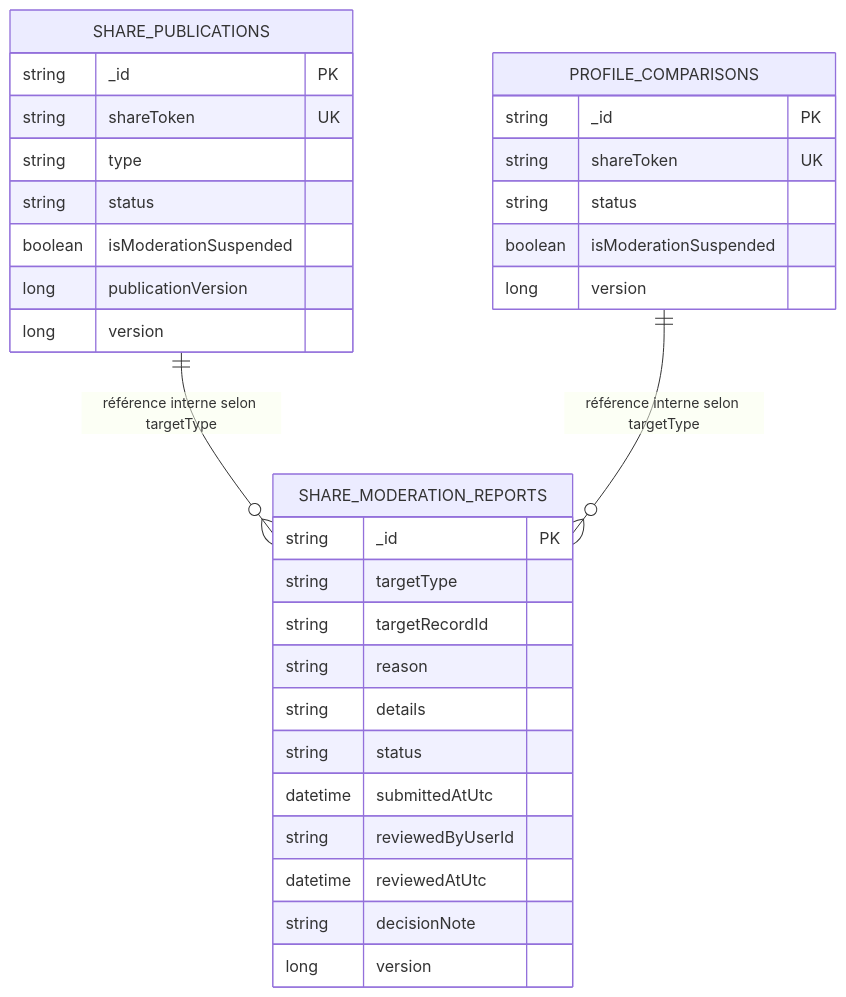
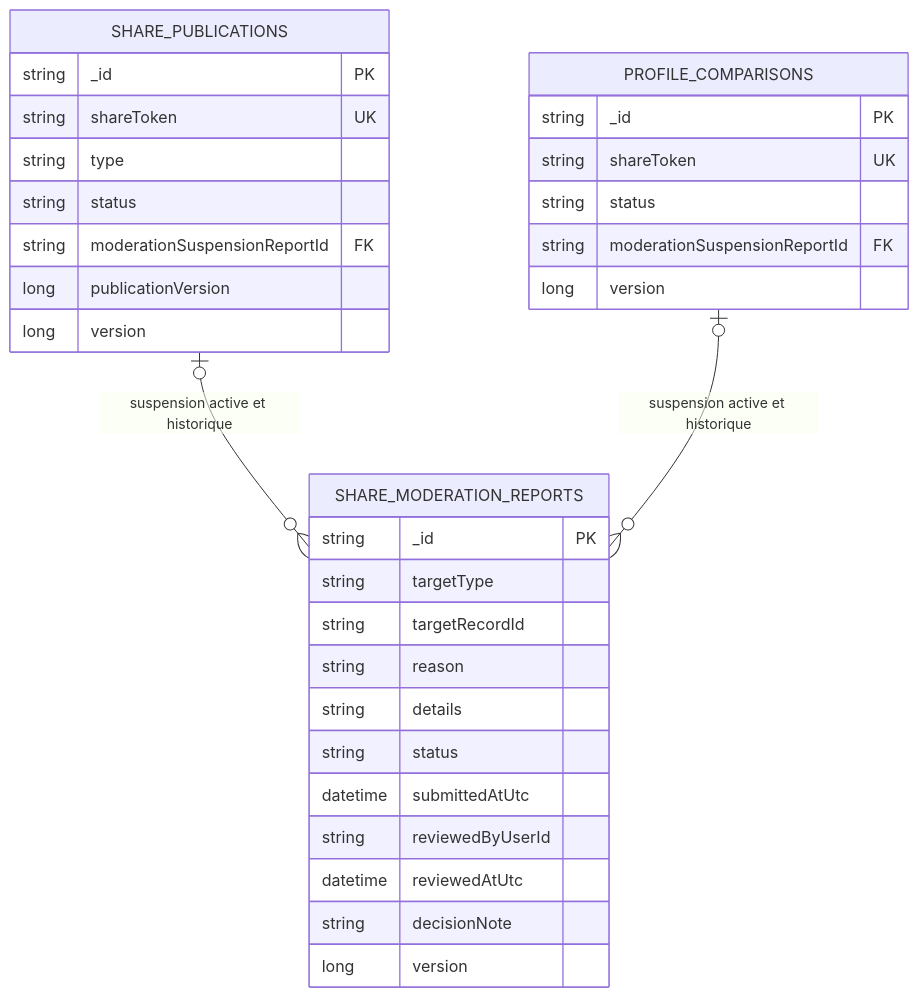
One commit to Ced59/AmusementParkProject changed the fourth of 4 diagrams in docs/architecture/product-growth-share-13-public-share-moderation-2026-09-13.md. Above: the diagram before and after it, drawn with Mermaid. The commit also changed other lines of this file and 27 other files, not shown here.

Commit message:
fix: harden share moderation consistency

````diff
--- a/docs/architecture/product-growth-share-13-public-share-moderation-2026-09-13.md
+++ b/docs/architecture/product-growth-share-13-public-share-moderation-2026-09-13.md
@@ -131,34 +161,34 @@
 ```mermaid
 erDiagram
   SHARE_PUBLICATIONS {
     string _id PK
     string shareToken UK
     string type
     string status
-    boolean isModerationSuspended
+    string moderationSuspensionReportId FK
     long publicationVersion
     long version
   }
   PROFILE_COMPARISONS {
     string _id PK
     string shareToken UK
     string status
-    boolean isModerationSuspended
+    string moderationSuspensionReportId FK
     long version
   }
   SHARE_MODERATION_REPORTS {
     string _id PK
     string targetType
     string targetRecordId
     string reason
     string details
     string status
     datetime submittedAtUtc
     string reviewedByUserId
     datetime reviewedAtUtc
     string decisionNote
     long version
   }
-  SHARE_PUBLICATIONS ||--o{ SHARE_MODERATION_REPORTS : "référence interne selon targetType"
-  PROFILE_COMPARISONS ||--o{ SHARE_MODERATION_REPORTS : "référence interne selon targetType"
+  SHARE_PUBLICATIONS o|--o{ SHARE_MODERATION_REPORTS : "suspension active et historique"
+  PROFILE_COMPARISONS o|--o{ SHARE_MODERATION_REPORTS : "suspension active et historique"
 ```
````
